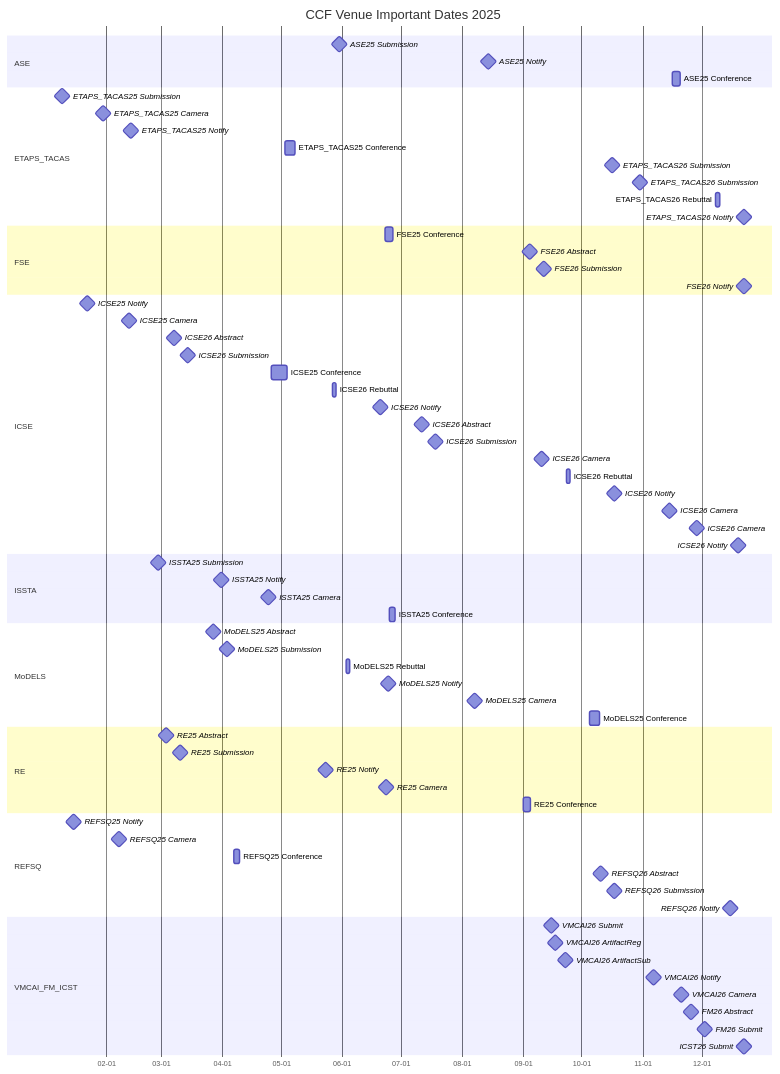
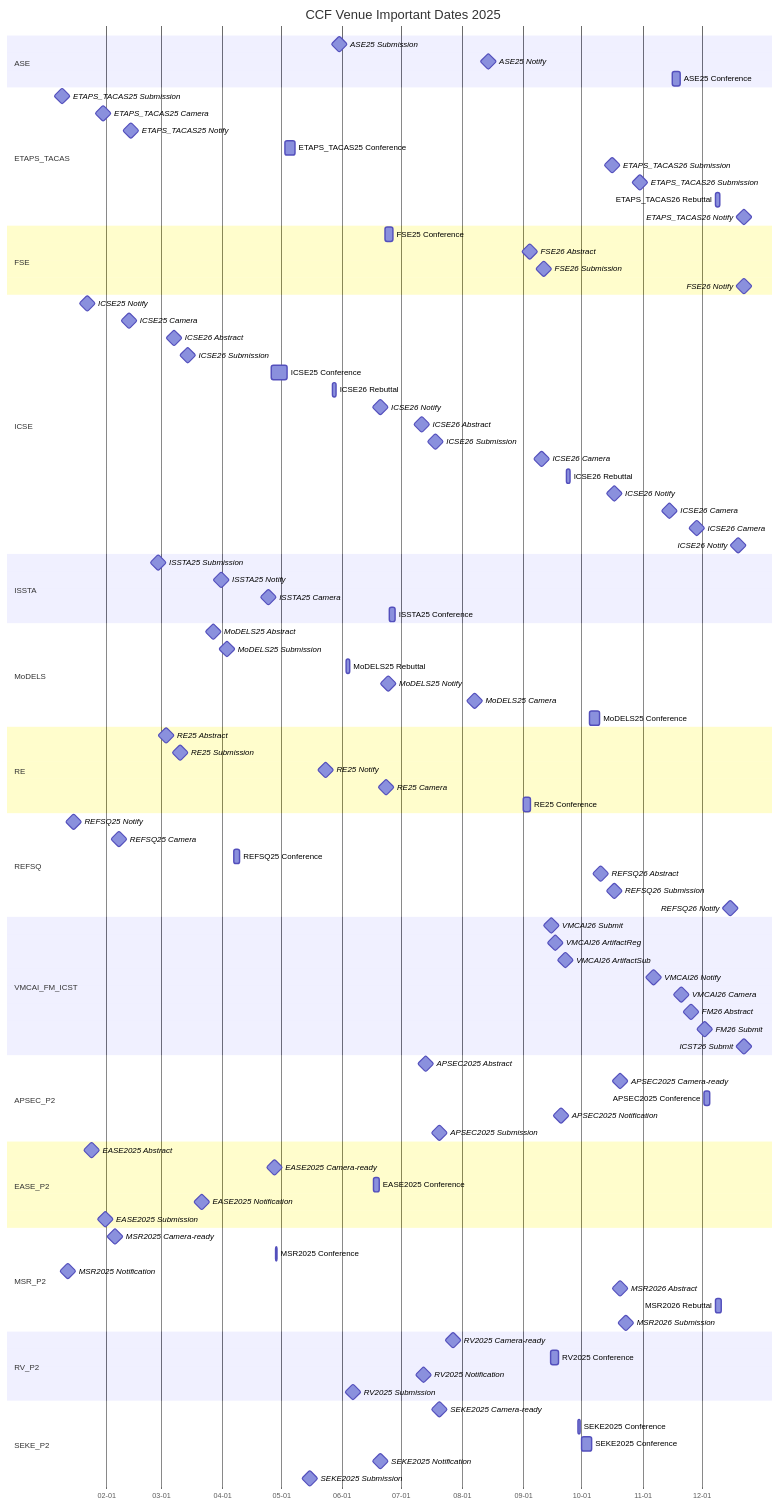
One commit to HansBug/research_ideas changed the fourth of 9 diagrams in ccf_venues/TIMELINE.md. Above: the diagram before and after it, drawn with Mermaid. The commit also changed other lines of this file and 44 other files, not shown here.

````diff
--- a/ccf_venues/TIMELINE.md
+++ b/ccf_venues/TIMELINE.md
@@ -523,4 +605,39 @@
   FM26 Submit :milestone, fm2026_submit, 2025-12-02, 1d
   ICST26 Submit :milestone, icst2026_submit, 2025-12-22, 1d
 
+  section APSEC_P2
+  APSEC2025 Abstract :milestone, pr9_conf_c_apsec_2025_abstract_20250713, 2025-07-13, 1d
+  APSEC2025 Camera-ready :milestone, pr9_conf_c_apsec_2025_camera_ready_20251020, 2025-10-20, 1d
+  APSEC2025 Conference :pr9_conf_c_apsec_2025_conference_20251202, 2025-12-02, 2025-12-05
+  APSEC2025 Notification :milestone, pr9_conf_c_apsec_2025_notification_20250920, 2025-09-20, 1d
+  APSEC2025 Submission :milestone, pr9_conf_c_apsec_2025_submission_20250720, 2025-07-20, 1d
+
+  section EASE_P2
+  EASE2025 Abstract :milestone, pr9_conf_c_ease_2025_abstract_20250124, 2025-01-24, 1d
+  EASE2025 Camera-ready :milestone, pr9_conf_c_ease_2025_camera_ready_20250427, 2025-04-27, 1d
+  EASE2025 Conference :pr9_conf_c_ease_2025_conference_20250617, 2025-06-17, 2025-06-20
+  EASE2025 Notification :milestone, pr9_conf_c_ease_2025_notification_20250321, 2025-03-21, 1d
+  EASE2025 Submission :milestone, pr9_conf_c_ease_2025_submission_20250131, 2025-01-31, 1d
+
+  section MSR_P2
+  MSR2025 Camera-ready :milestone, pr9_conf_c_msr_2025_camera_ready_20250205, 2025-02-05, 1d
+  MSR2025 Conference :pr9_conf_c_msr_2025_conference_20250428, 2025-04-28, 2025-04-29
+  MSR2025 Notification :milestone, pr9_conf_c_msr_2025_notification_20250112, 2025-01-12, 1d
+  MSR2026 Abstract :milestone, pr9_conf_c_msr_2026_abstract_20251020, 2025-10-20, 1d
+  MSR2026 Rebuttal :pr9_conf_c_msr_2026_rebuttal_20251208, 2025-12-08, 2025-12-11
+  MSR2026 Submission :milestone, pr9_conf_c_msr_2026_submission_20251023, 2025-10-23, 1d
+
+  section RV_P2
+  RV2025 Camera-ready :milestone, pr9_conf_c_rv_2025_camera_ready_20250727, 2025-07-27, 1d
+  RV2025 Conference :pr9_conf_c_rv_2025_conference_20250915, 2025-09-15, 2025-09-19
+  RV2025 Notification :milestone, pr9_conf_c_rv_2025_notification_20250712, 2025-07-12, 1d
+  RV2025 Submission :milestone, pr9_conf_c_rv_2025_submission_20250606, 2025-06-06, 1d
+
+  section SEKE_P2
+  SEKE2025 Camera-ready :milestone, pr9_conf_c_seke_2025_camera_ready_20250720, 2025-07-20, 1d
+  SEKE2025 Conference :pr9_conf_c_seke_2025_conference_20250929, 2025-09-29, 2025-09-30
+  SEKE2025 Conference :pr9_conf_c_seke_2025_conference_20251001, 2025-10-01, 2025-10-06
+  SEKE2025 Notification :milestone, pr9_conf_c_seke_2025_notification_20250620, 2025-06-20, 1d
+  SEKE2025 Submission :milestone, pr9_conf_c_seke_2025_submission_20250515, 2025-05-15, 1d
+
 ```
````
